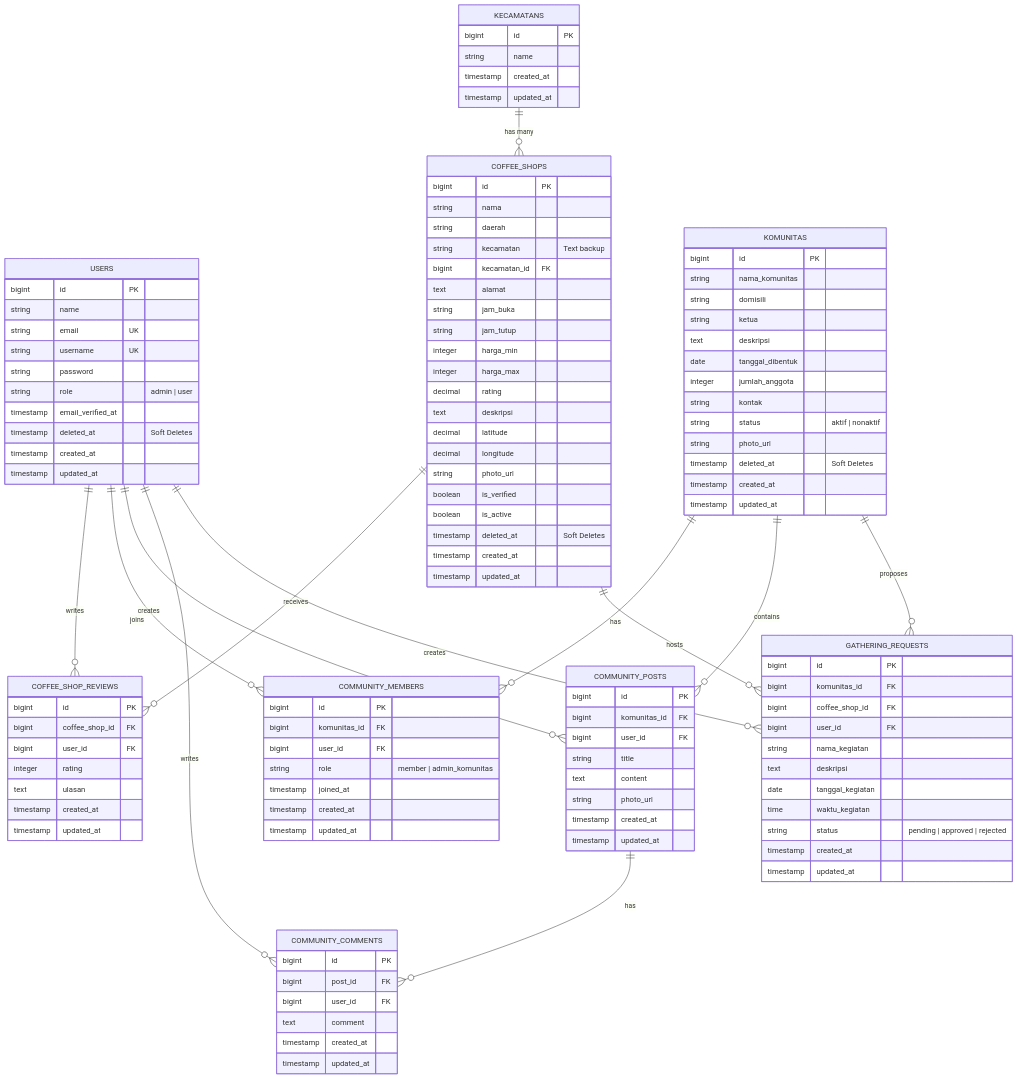
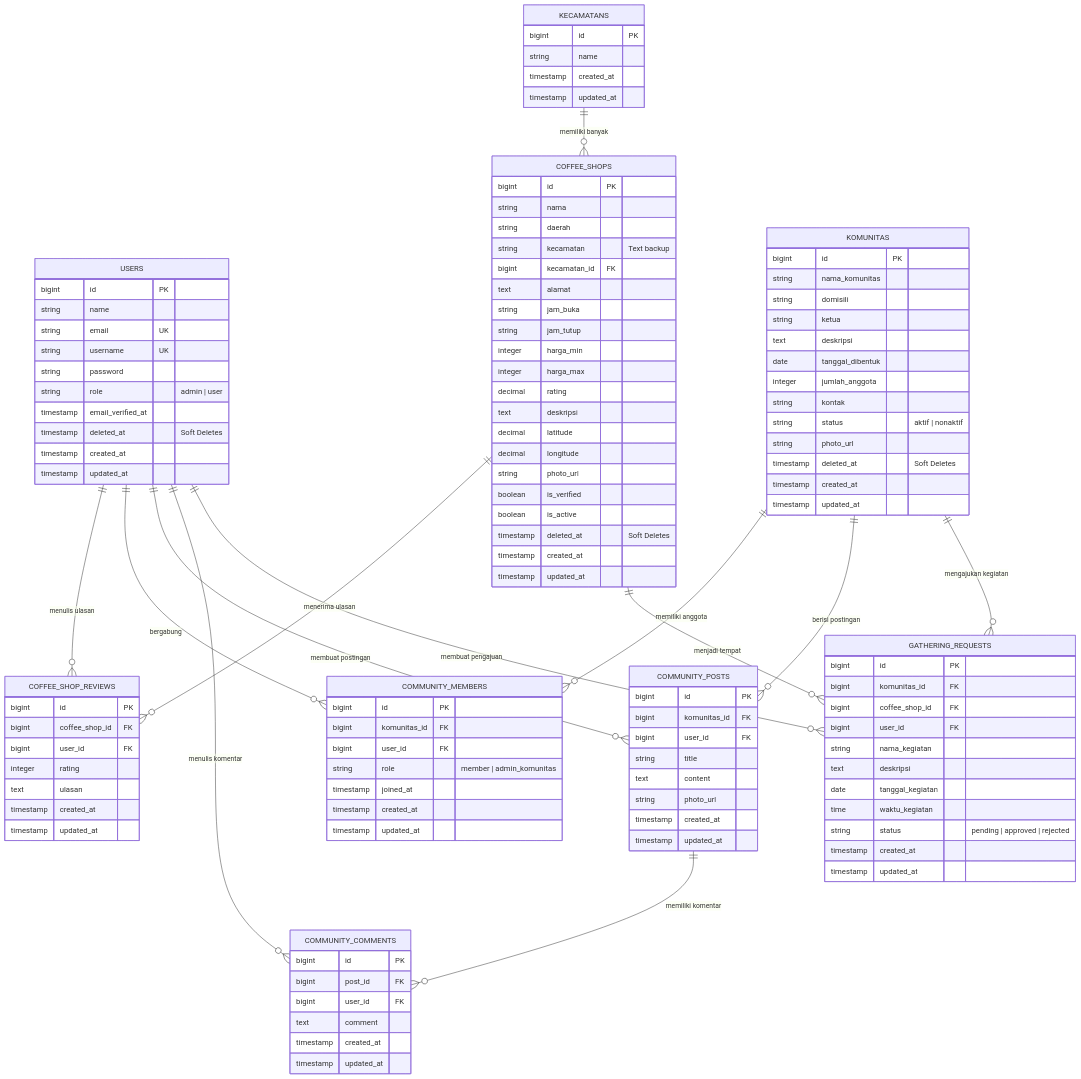
Before and after one commit to pawasxac/taskdtp: the diagram in ERD_DIAGRAM.md, drawn with Mermaid. The commit also changed other lines of this file, not shown here.

Commit message:
docs: translate ERD labels to indonesian and optimize layout direction

````diff
--- a/ERD_DIAGRAM.md
+++ b/ERD_DIAGRAM.md
@@ -5,4 +5,5 @@
 ```mermaid
+%%{init: { "er": { "useMaxWidth": true, "layoutDirection": "TB" } } }%%
 erDiagram
     USERS {
         bigint id PK
@@ -117,21 +118,21 @@
         timestamp updated_at
     }
 
-    %% Relationships
-    KECAMATANS ||--o{ COFFEE_SHOPS : "has many"
-    USERS ||--o{ COFFEE_SHOP_REVIEWS : "writes"
-    COFFEE_SHOPS ||--o{ COFFEE_SHOP_REVIEWS : "receives"
+    %% Relasi Hubungan (Bahasa Indonesia)
+    KECAMATANS ||--o{ COFFEE_SHOPS : "memiliki banyak"
+    USERS ||--o{ COFFEE_SHOP_REVIEWS : "menulis ulasan"
+    COFFEE_SHOPS ||--o{ COFFEE_SHOP_REVIEWS : "menerima ulasan"
     
-    USERS ||--o{ COMMUNITY_MEMBERS : "joins"
-    KOMUNITAS ||--o{ COMMUNITY_MEMBERS : "has"
+    USERS ||--o{ COMMUNITY_MEMBERS : "bergabung"
+    KOMUNITAS ||--o{ COMMUNITY_MEMBERS : "memiliki anggota"
     
-    USERS ||--o{ COMMUNITY_POSTS : "creates"
-    KOMUNITAS ||--o{ COMMUNITY_POSTS : "contains"
+    USERS ||--o{ COMMUNITY_POSTS : "membuat postingan"
+    KOMUNITAS ||--o{ COMMUNITY_POSTS : "berisi postingan"
     
-    COMMUNITY_POSTS ||--o{ COMMUNITY_COMMENTS : "has"
-    USERS ||--o{ COMMUNITY_COMMENTS : "writes"
+    COMMUNITY_POSTS ||--o{ COMMUNITY_COMMENTS : "memiliki komentar"
+    USERS ||--o{ COMMUNITY_COMMENTS : "menulis komentar"
     
-    KOMUNITAS ||--o{ GATHERING_REQUESTS : "proposes"
-    COFFEE_SHOPS ||--o{ GATHERING_REQUESTS : "hosts"
-    USERS ||--o{ GATHERING_REQUESTS : "creates"
+    KOMUNITAS ||--o{ GATHERING_REQUESTS : "mengajukan kegiatan"
+    COFFEE_SHOPS ||--o{ GATHERING_REQUESTS : "menjadi tempat"
+    USERS ||--o{ GATHERING_REQUESTS : "membuat pengajuan"
 ```
````
